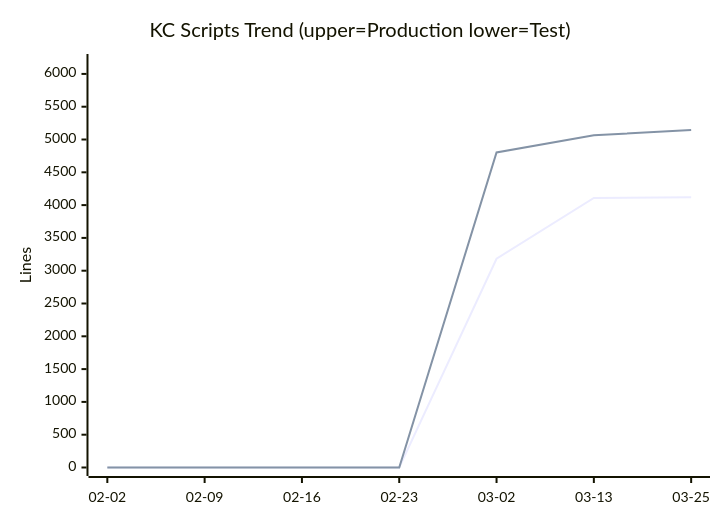
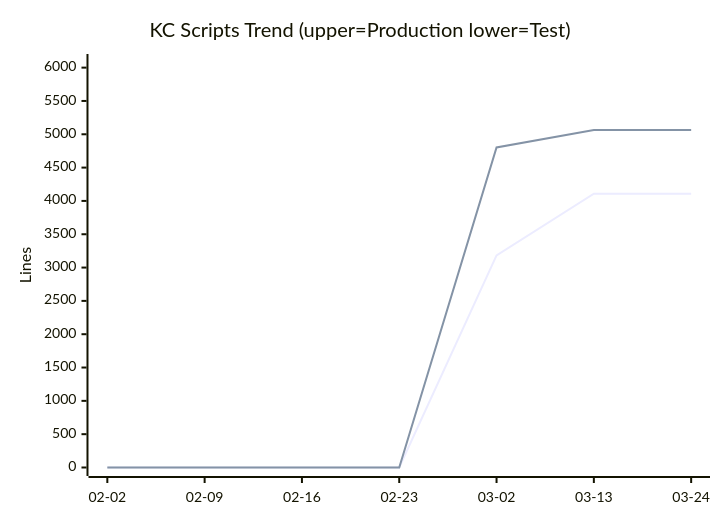
Diagram 11 of 14 in docs/metrics.md (nablarch/nabledge-dev), drawn with Mermaid before and after one commit. The commit also changed other lines of this file, not shown here.

````diff
--- a/docs/metrics.md
+++ b/docs/metrics.md
@@ -130,8 +121,8 @@
 ```mermaid
 xychart-beta
   title "KC Scripts Trend (upper=Production  lower=Test)"
-  x-axis ["02-02", "02-09", "02-16", "02-23", "03-02", "03-13", "03-25"]
-  y-axis "Lines" 0 --> 6174
-  line [0, 0, 0, 0, 3183, 4109, 4119]
-  line [0, 0, 0, 0, 4802, 5064, 5145]
+  x-axis ["02-02", "02-09", "02-16", "02-23", "03-02", "03-13", "03-24"]
+  y-axis "Lines" 0 --> 6077
+  line [0, 0, 0, 0, 3183, 4109, 4109]
+  line [0, 0, 0, 0, 4802, 5064, 5064]
 ```
````
